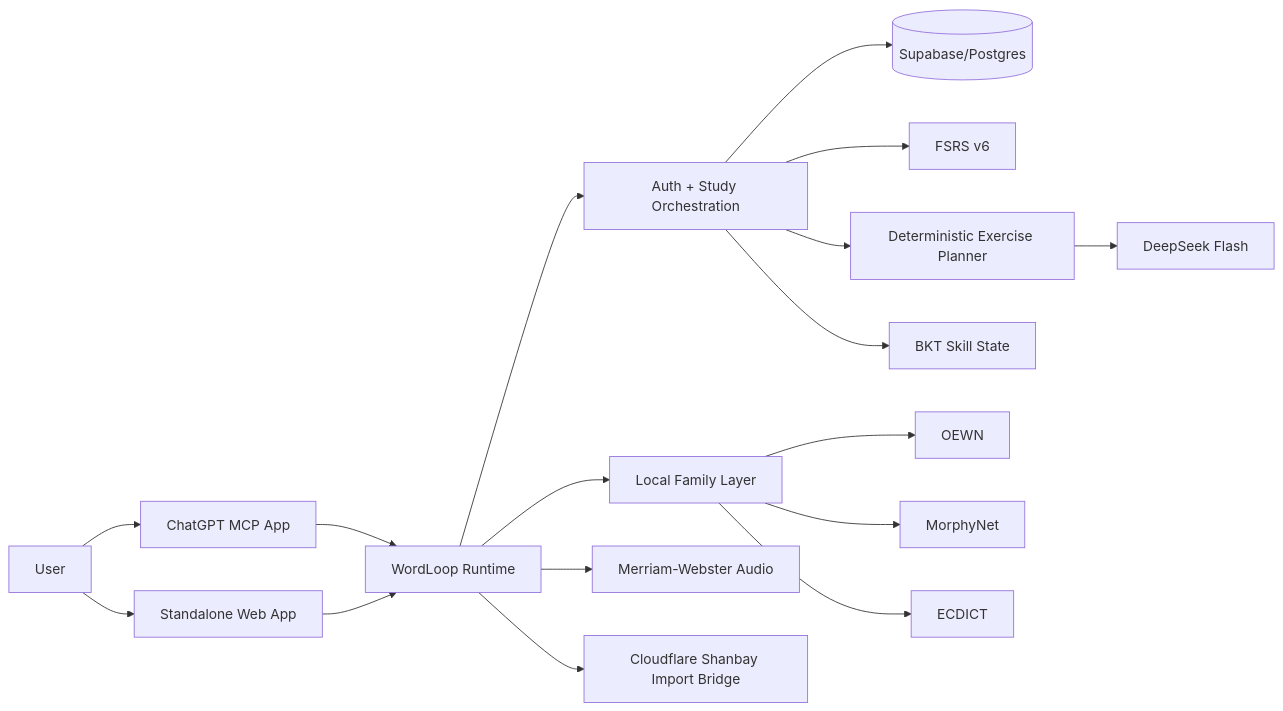
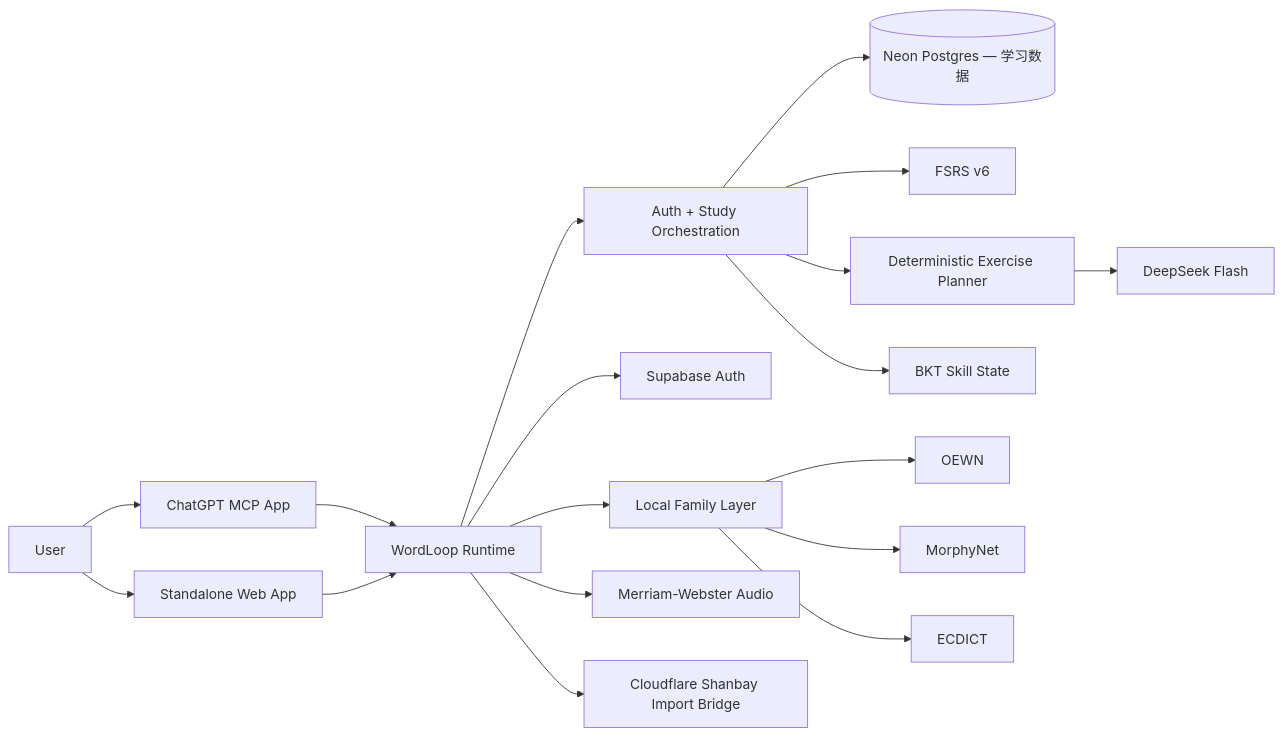
One commit to fangzh05/wordloop changed the diagram in README.zh-CN.md. Above: the diagram before and after it, drawn with Mermaid. The commit also changed other lines of this file and 1 other file, not shown here.

Commit message:
docs: align bilingual readmes with Neon production

```diff
--- a/README.zh-CN.md
+++ b/README.zh-CN.md
@@ -336,25 +340,26 @@
 ~~~mermaid
 flowchart LR
   U[User] --> C[ChatGPT MCP App]
   U --> W[Standalone Web App]
 
   C --> R[WordLoop Runtime]
   W --> R
 
   R --> A[Auth + Study Orchestration]
-  A --> S[(Supabase/Postgres)]
+  A --> S[(Neon Postgres — 学习数据)]
+  R --> AU[Supabase Auth]
 
   A --> F[FSRS v6]
   A --> P[Deterministic Exercise Planner]
   A --> B[BKT Skill State]
 
   P --> D[DeepSeek Flash]
 
   R --> G[Local Family Layer]
   G --> O[OEWN]
   G --> M[MorphyNet]
   G --> E[ECDICT]
 
   R --> MW[Merriam-Webster Audio]
   R --> SH[Cloudflare Shanbay Import Bridge]
 ~~~
```
